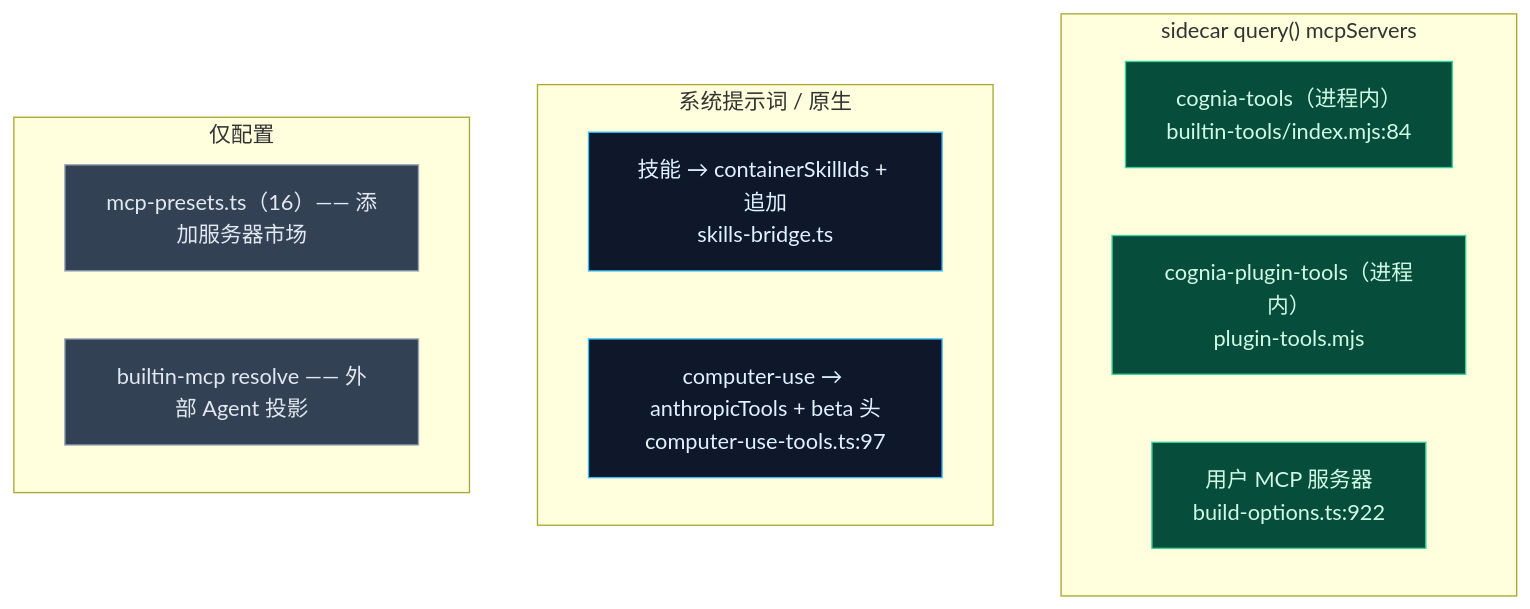
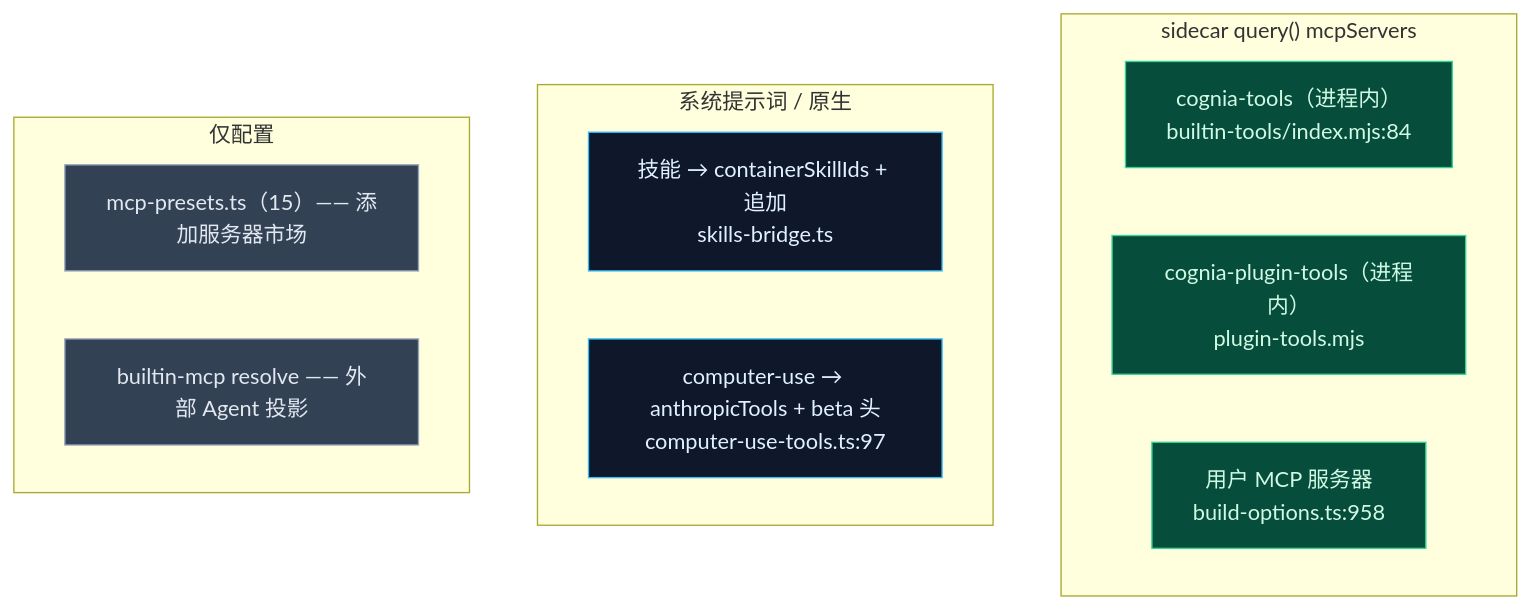
The first of 2 diagrams in docs/content/docs/zh/chat/built-in-agent/tools-mcp.mdx (MaxQian888/cognia-next), drawn with Mermaid before and after one commit. The commit also changed other lines of this file and 17 other files, not shown here.

````diff
--- a/docs/content/docs/zh/chat/built-in-agent/tools-mcp.mdx
+++ b/docs/content/docs/zh/chat/built-in-agent/tools-mcp.mdx
@@ -21,23 +21,23 @@
 ```mermaid
 flowchart TB
   subgraph SDK["sidecar query() mcpServers"]
     CT["cognia-tools（进程内）<br/>builtin-tools/index.mjs:84"]
     PT["cognia-plugin-tools（进程内）<br/>plugin-tools.mjs"]
-    UM["用户 MCP 服务器<br/>build-options.ts:922"]
+    UM["用户 MCP 服务器<br/>build-options.ts:958"]
   end
   subgraph PROMPT["系统提示词 / 原生"]
     SK["技能 → containerSkillIds + 追加<br/>skills-bridge.ts"]
     CU["computer-use → anthropicTools + beta 头<br/>computer-use-tools.ts:97"]
   end
   subgraph CONFIG["仅配置"]
-    PRE["mcp-presets.ts（16）—— 添加服务器市场"]
+    PRE["mcp-presets.ts（15）—— 添加服务器市场"]
     BM["builtin-mcp resolve —— 外部 Agent 投影"]
   end
 
   classDef a fill:#064e3b,stroke:#34d399,color:#d1fae5
   classDef b fill:#0f172a,stroke:#38bdf8,color:#e0f2fe
   classDef c fill:#334155,stroke:#94a3b8,color:#e2e8f0
   class CT,PT,UM a
   class SK,CU b
   class PRE,BM c
 ```
````
